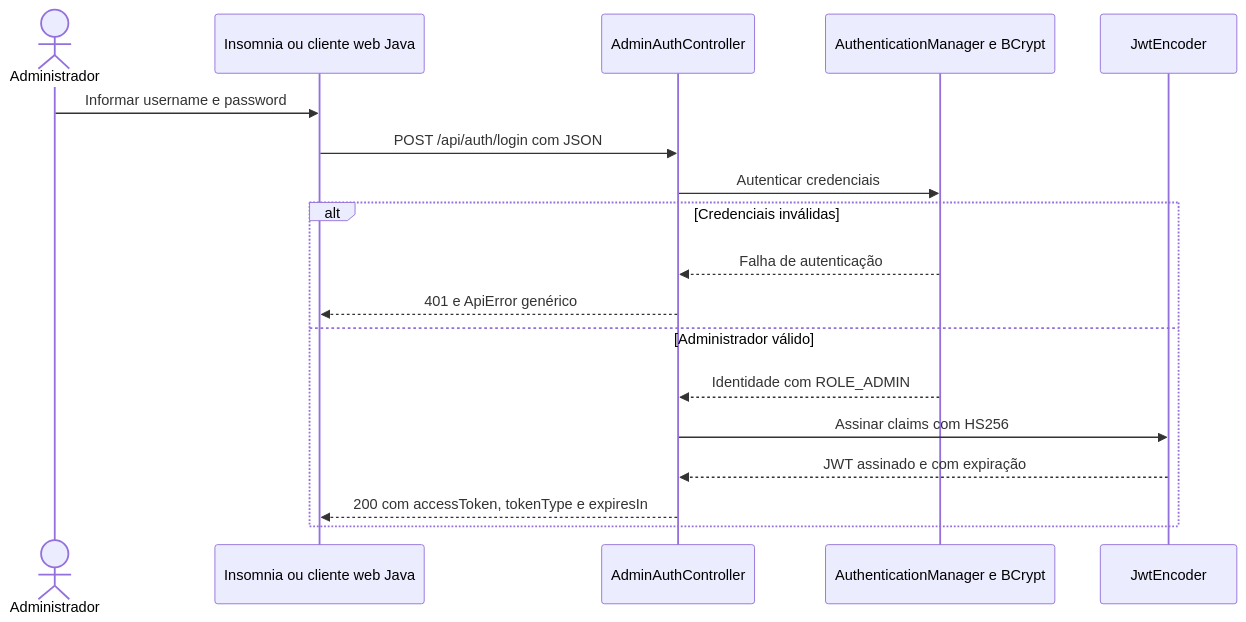
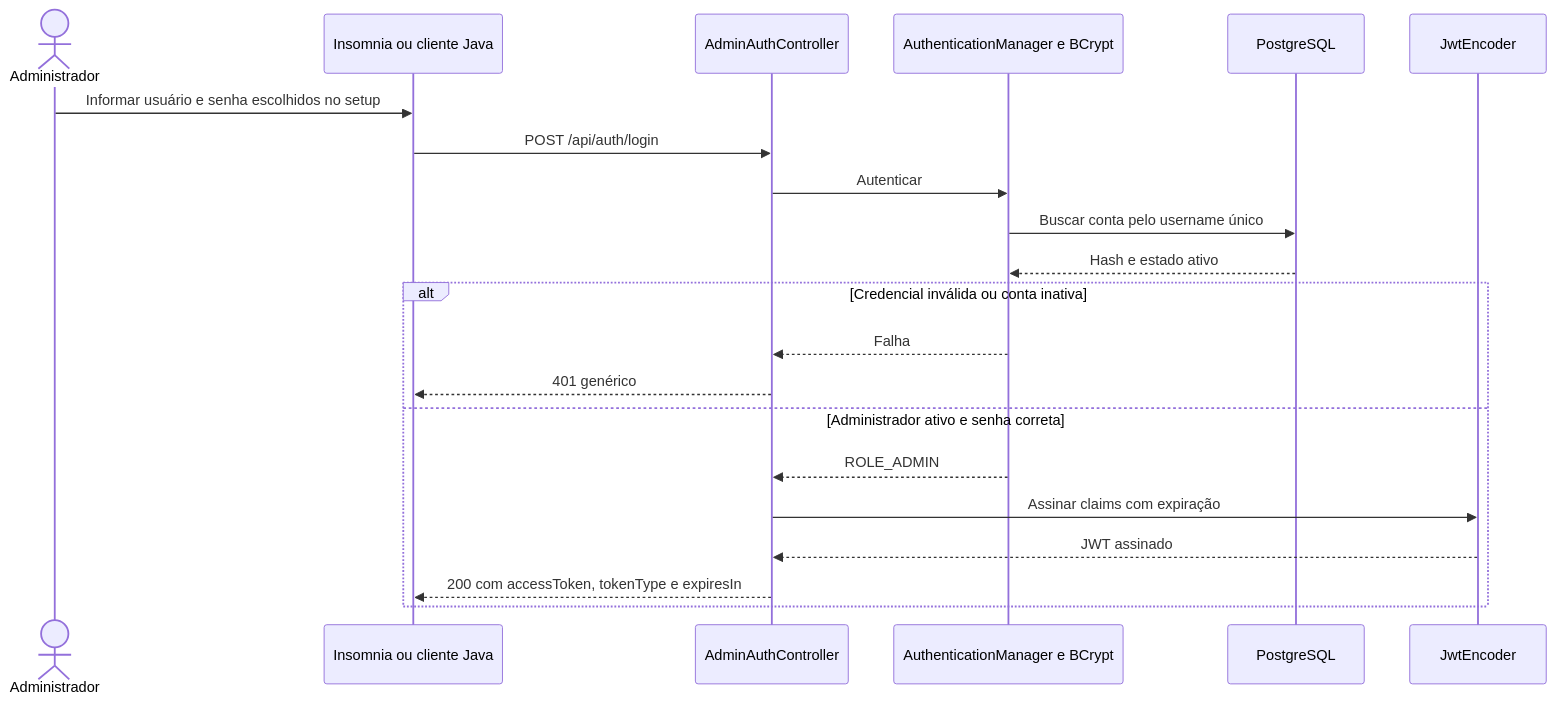
Before and after one commit to e24Dev/CaixaDeSugestoes: the first of 3 diagrams in docs/09-jwt-bearer-token.md, drawn with Mermaid. The commit also changed other lines of this file and 42 other files, not shown here.

Commit message:
feat: persist administrator and automate initial setup and JWT key

````diff
--- a/docs/09-jwt-bearer-token.md
+++ b/docs/09-jwt-bearer-token.md
@@ -28,20 +23,23 @@
 ```mermaid
 sequenceDiagram
     actor Admin as Administrador
-    participant Cliente as Insomnia ou cliente web Java
+    participant Cliente as Insomnia ou cliente Java
     participant Login as AdminAuthController
     participant Senha as AuthenticationManager e BCrypt
+    participant Banco as PostgreSQL
     participant JWT as JwtEncoder
-    Admin->>Cliente: Informar username e password
-    Cliente->>Login: POST /api/auth/login com JSON
-    Login->>Senha: Autenticar credenciais
-    alt Credenciais inválidas
-        Senha-->>Login: Falha de autenticação
-        Login-->>Cliente: 401 e ApiError genérico
-    else Administrador válido
-        Senha-->>Login: Identidade com ROLE_ADMIN
-        Login->>JWT: Assinar claims com HS256
-        JWT-->>Login: JWT assinado e com expiração
+    Admin->>Cliente: Informar usuário e senha escolhidos no setup
+    Cliente->>Login: POST /api/auth/login
+    Login->>Senha: Autenticar
+    Senha->>Banco: Buscar conta pelo username único
+    Banco-->>Senha: Hash e estado ativo
+    alt Credencial inválida ou conta inativa
+        Senha-->>Login: Falha
+        Login-->>Cliente: 401 genérico
+    else Administrador ativo e senha correta
+        Senha-->>Login: ROLE_ADMIN
+        Login->>JWT: Assinar claims com expiração
+        JWT-->>Login: JWT assinado
         Login-->>Cliente: 200 com accessToken, tokenType e expiresIn
     end
 ```
````
